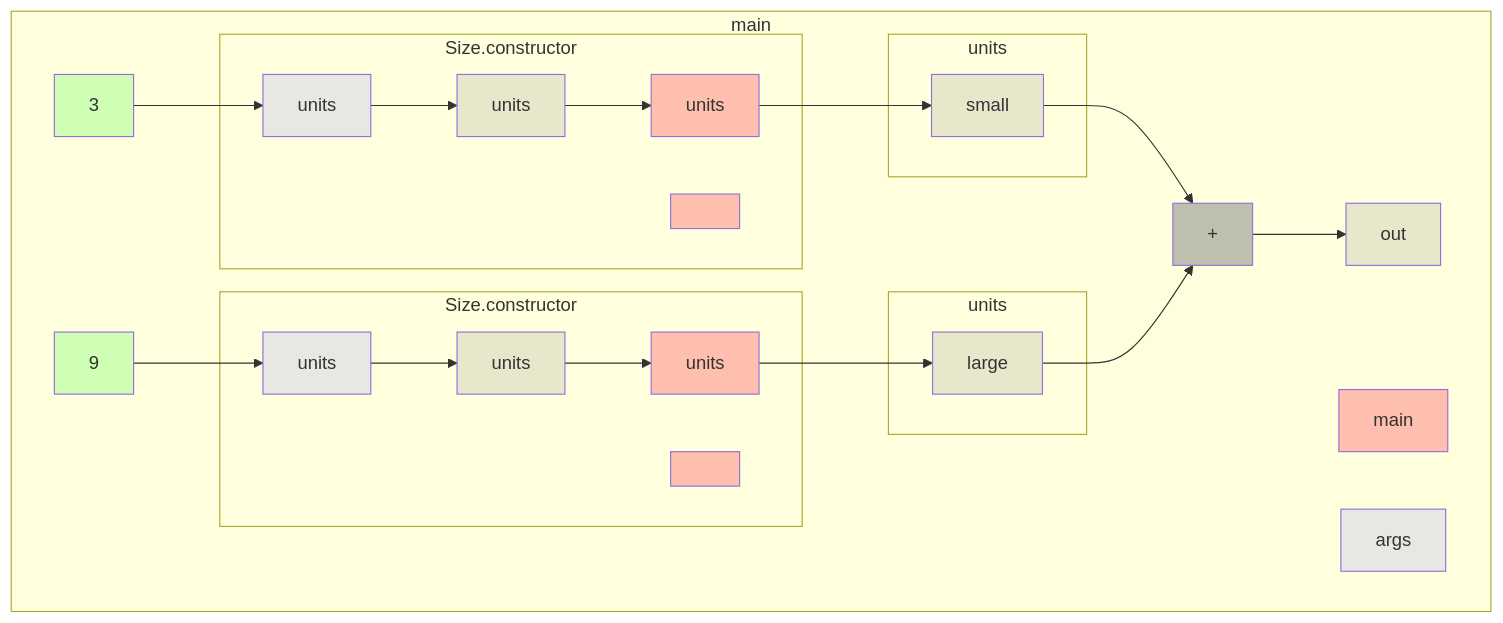
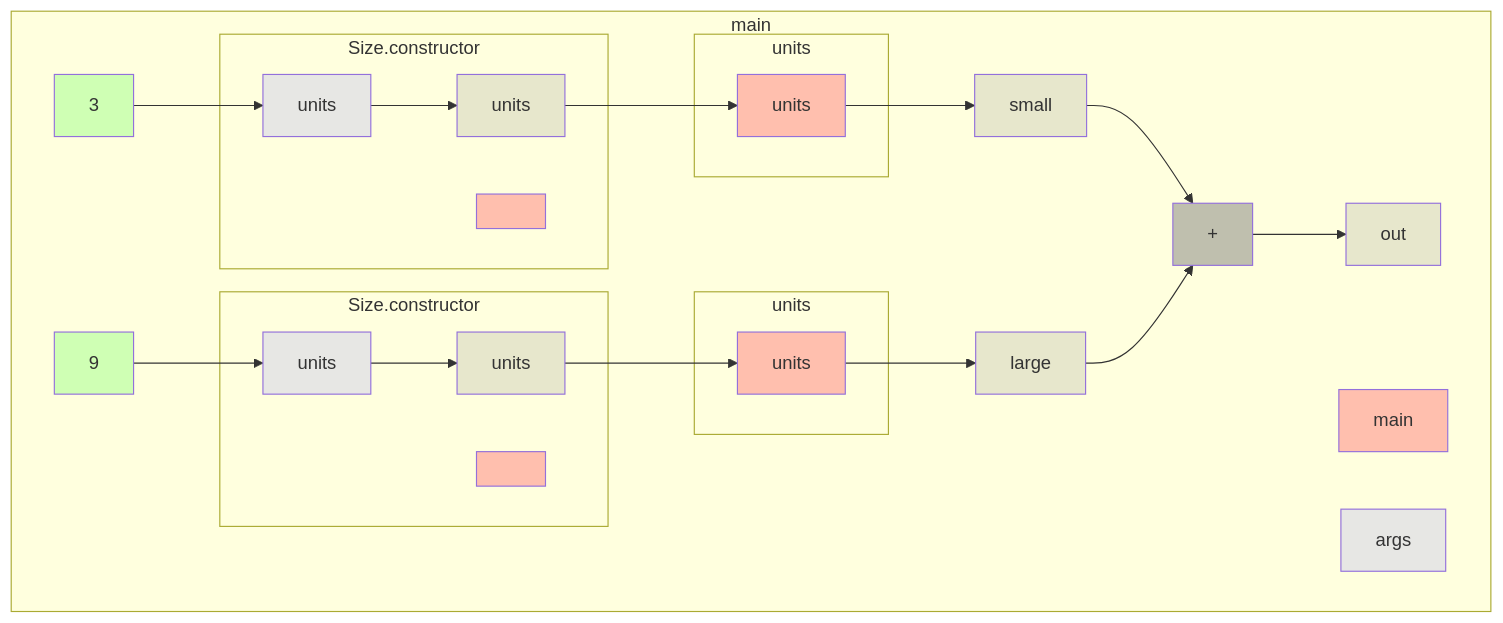
The diagram in app/src/test/resources/enumConstructor/truth.md (gstiebler/codeflow), drawn with Mermaid before and after one commit. The commit also changed 34 other files, not shown here.

````diff
--- a/app/src/test/resources/enumConstructor/truth.md
+++ b/app/src/test/resources/enumConstructor/truth.md
@@ -1,47 +1,47 @@
 ```mermaid
 flowchart TD
   subgraph b0["main"]
     n1[main]:::RETURN
     n2[args]:::FUNC_PARAM
     n3[3]:::LITERAL
     n10[small]:::VARIABLE
     n11[9]:::LITERAL
     n18[large]:::VARIABLE
     n19[+]:::BIN_OP
     n20[out]:::VARIABLE
     n3[3]:::LITERAL --> n6[units]:::FUNC_PARAM
     n10[small]:::VARIABLE --> n19[+]:::BIN_OP
     n11[9]:::LITERAL --> n14[units]:::FUNC_PARAM
     n18[large]:::VARIABLE --> n19[+]:::BIN_OP
     n19[+]:::BIN_OP --> n20[out]:::VARIABLE
+    n7[units]:::VARIABLE --> n9[units]:::RETURN
+    n9[units]:::RETURN --> n10[small]:::VARIABLE
+    n15[units]:::VARIABLE --> n17[units]:::RETURN
+    n17[units]:::RETURN --> n18[large]:::VARIABLE
     subgraph b4["Size.constructor"]
       n5[<init>]:::RETURN
       n6[units]:::FUNC_PARAM
       n7[units]:::VARIABLE
       n6[units]:::FUNC_PARAM --> n7[units]:::VARIABLE
-      n7[units]:::VARIABLE --> n9[units]:::RETURN
     end
     subgraph b8["units"]
       n9[units]:::RETURN
-      n9[units]:::RETURN --> n10[small]:::VARIABLE
     end
     subgraph b12["Size.constructor"]
       n13[<init>]:::RETURN
       n14[units]:::FUNC_PARAM
       n15[units]:::VARIABLE
       n14[units]:::FUNC_PARAM --> n15[units]:::VARIABLE
-      n15[units]:::VARIABLE --> n17[units]:::RETURN
     end
     subgraph b16["units"]
       n17[units]:::RETURN
-      n17[units]:::RETURN --> n18[large]:::VARIABLE
     end
   end
   classDef LITERAL fill:#00FF0030
   classDef VARIABLE fill:#80808030
   classDef BIN_OP fill:#80808080
   classDef FUNC_PARAM fill:#8080FF30
   classDef RETURN fill:#FF808080
   classDef EXTERNAL fill:#FFA50040
   classDef UNMODELLED fill:#FF000030,stroke-dasharray: 4 2
 ```
````
